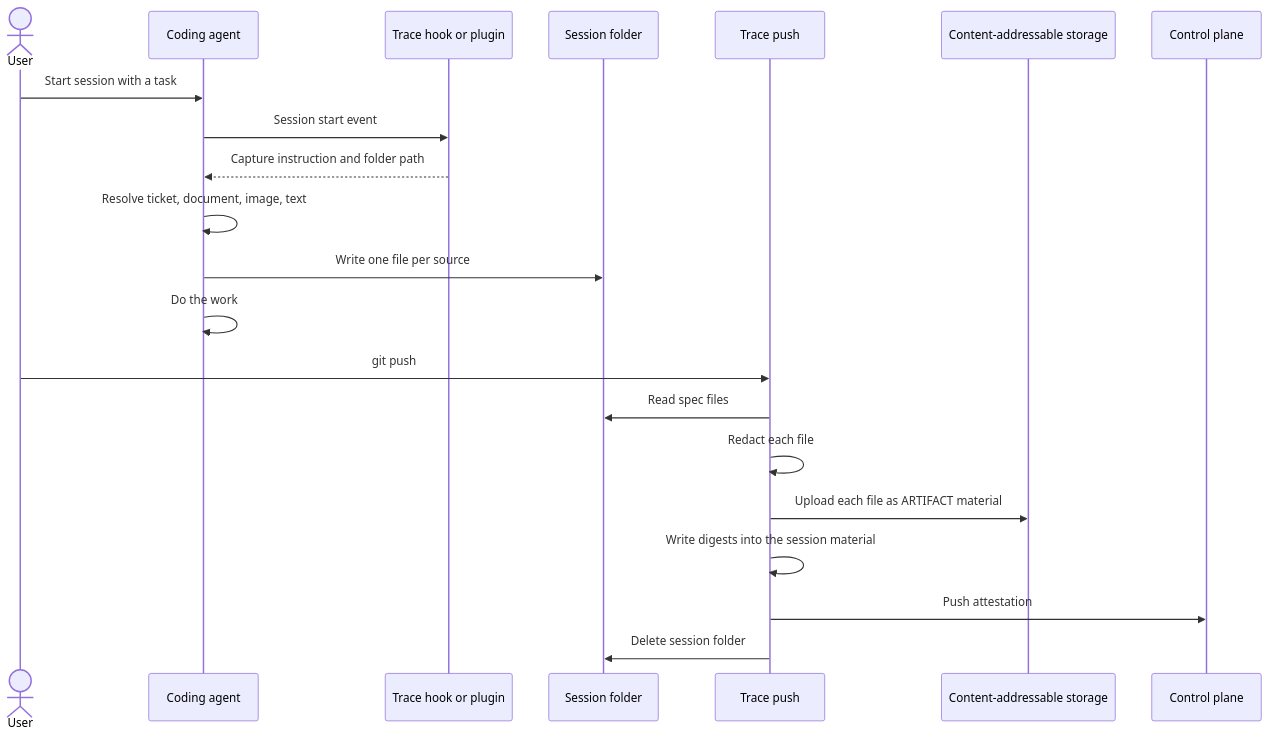
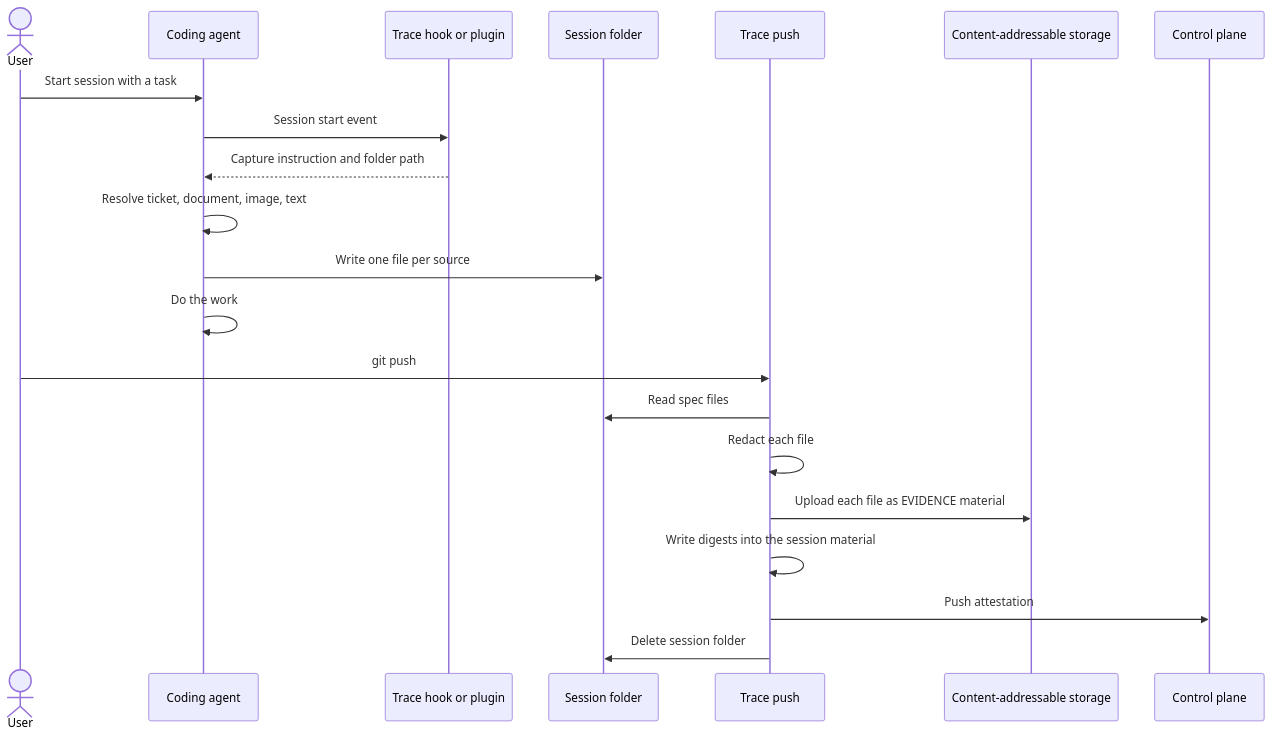
Before and after one commit to chainloop-dev/chainloop: the diagram in docs/specs/001-session-spec-capture.md, drawn with Mermaid. The commit also changed other lines of this file, not shown here.

Commit message:
docs(spec): store spec files as EVIDENCE materials in spec 001

````diff
--- a/docs/specs/001-session-spec-capture.md
+++ b/docs/specs/001-session-spec-capture.md
@@ -89,24 +89,24 @@
 ```mermaid
 sequenceDiagram
     actor User
     participant Agent as Coding agent
     participant Hook as Trace hook or plugin
     participant Folder as Session folder
     participant CLI as Trace push
     participant CAS as Content-addressable storage
     participant CP as Control plane
 
     User->>Agent: Start session with a task
     Agent->>Hook: Session start event
     Hook-->>Agent: Capture instruction and folder path
     Agent->>Agent: Resolve ticket, document, image, text
     Agent->>Folder: Write one file per source
     Agent->>Agent: Do the work
     User->>CLI: git push
     CLI->>Folder: Read spec files
     CLI->>CLI: Redact each file
-    CLI->>CAS: Upload each file as ARTIFACT material
+    CLI->>CAS: Upload each file as EVIDENCE material
     CLI->>CLI: Write digests into the session material
     CLI->>CP: Push attestation
     CLI->>Folder: Delete session folder
 ```
````
